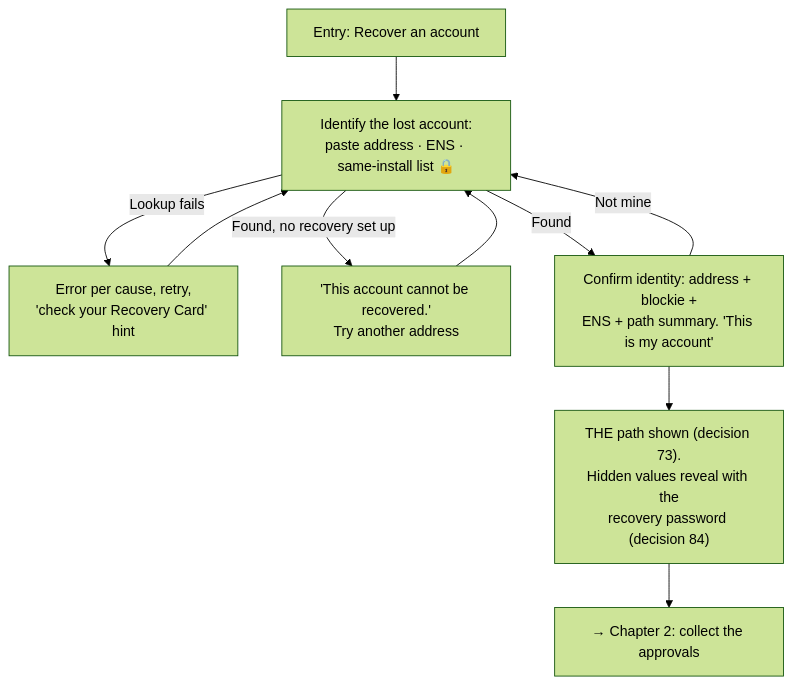
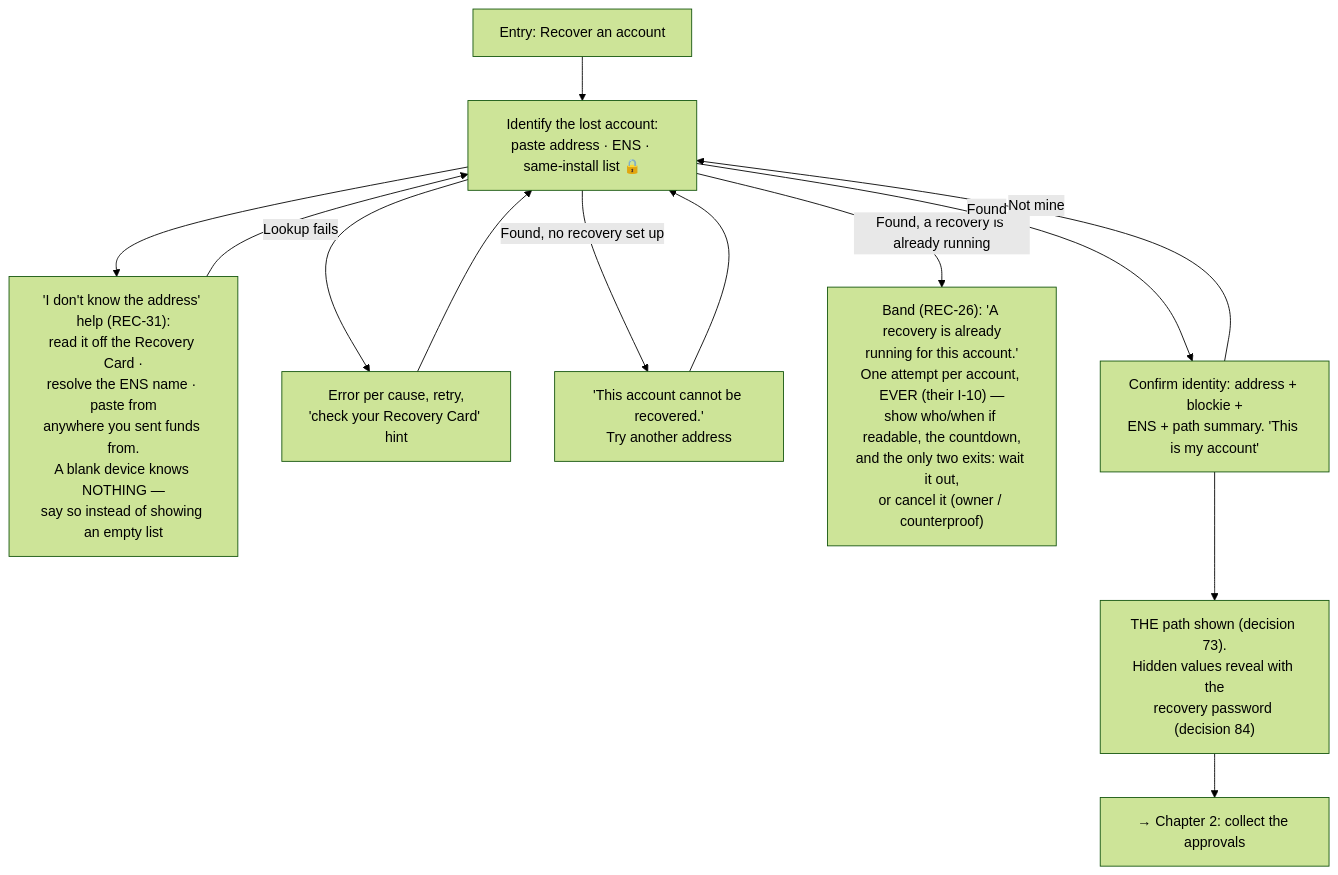
Before and after one commit to FiboAtWonder/kohaku-extension: the fifth of 14 diagrams in social-recovery-ux-flows.md, drawn with Mermaid (forest theme). The commit also changed other lines of this file and 5 other files, not shown here.

````diff
--- a/social-recovery-ux-flows.md
+++ b/social-recovery-ux-flows.md
@@ -190,12 +217,15 @@
 ```mermaid
 flowchart TD
     A[Entry: Recover an account] --> C["Identify the lost account:<br/>paste address · ENS · same-install list 🔒"]
+    C --> FD["'I don't know the address' help (REC-31):<br/>read it off the Recovery Card ·<br/>resolve the ENS name · paste from<br/>anywhere you sent funds from.<br/>A blank device knows NOTHING —<br/>say so instead of showing an empty list"]
+    FD --> C
     C -->|Lookup fails| C1["Error per cause, retry,<br/>'check your Recovery Card' hint"]
     C1 --> C
     C -->|Found, no recovery set up| X["'This account cannot be recovered.'<br/>Try another address"]
     X --> C
+    C -->|Found, a recovery is already running| AR["Band (REC-26): 'A recovery is already<br/>running for this account.'<br/>One attempt per account, EVER (their I-10) —<br/>show who/when if readable, the countdown,<br/>and the only two exits: wait it out,<br/>or cancel it (owner / counterproof)"]
     C -->|Found| CC["Confirm identity: address + blockie +<br/>ENS + path summary. 'This is my account'"]
     CC -->|Not mine| C
     CC --> V["THE path shown (decision 73).<br/>Hidden values reveal with the<br/>recovery password (decision 84)"]
     V --> NEXT["→ Chapter 2: collect the approvals"]
 ```
````
